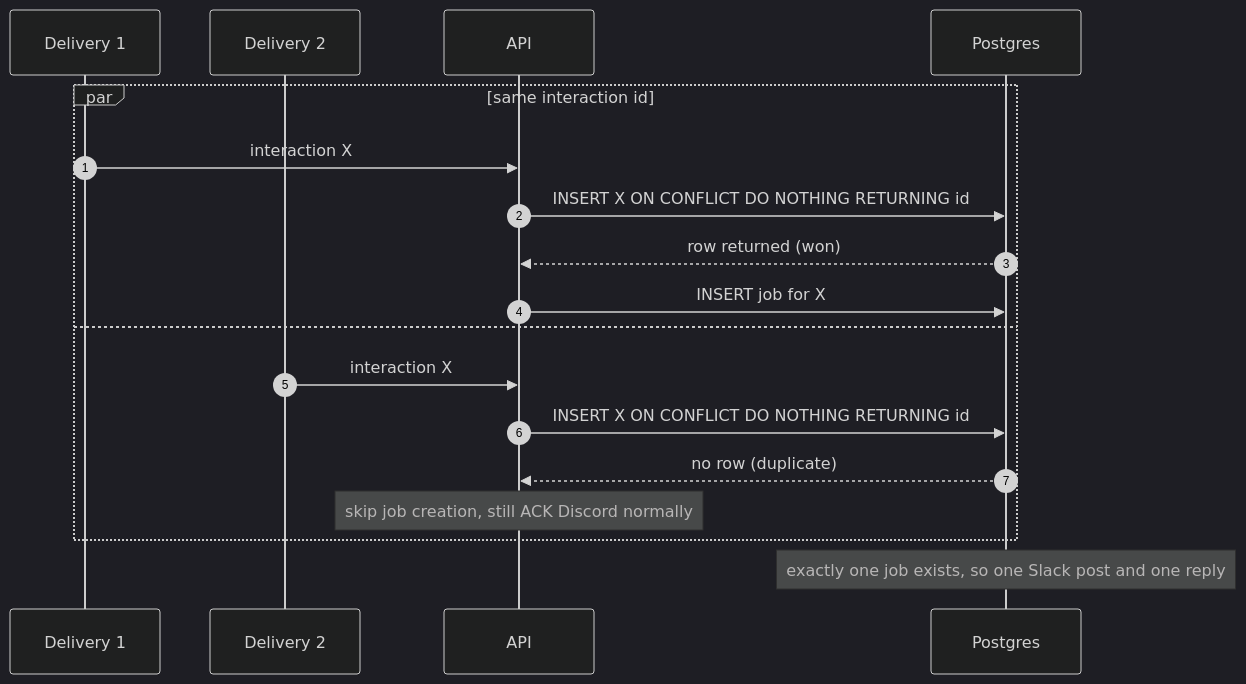
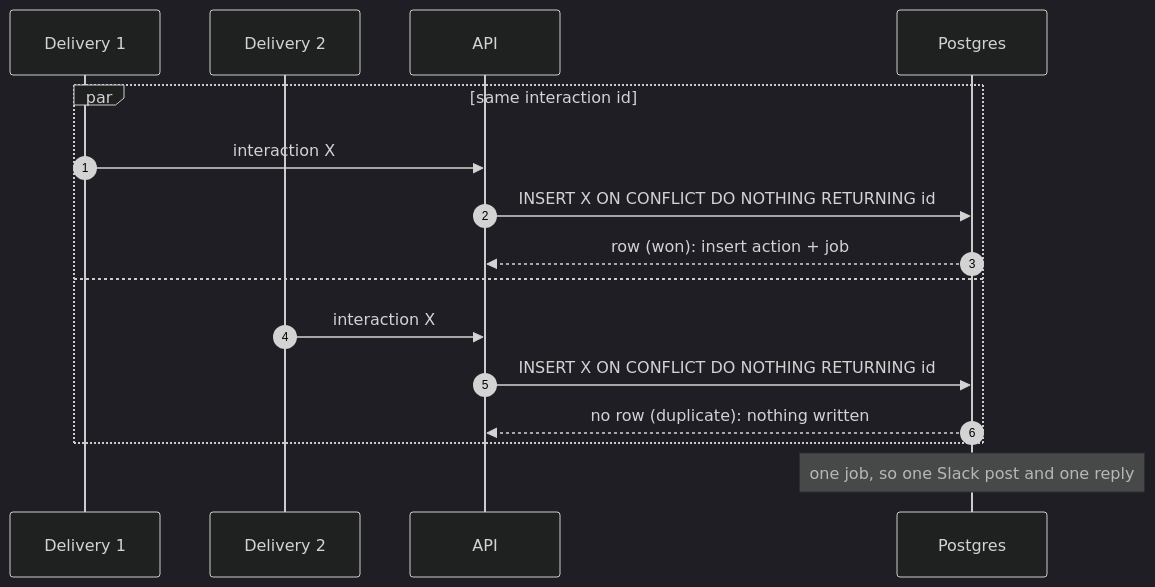
Before and after one commit to RohanUrankar/discord-report-line: diagram 12 of 17 in architecture/docs/DESIGN.md, drawn with Mermaid (dark theme). The commit also changed other lines of this file, not shown here.

````diff
--- a/architecture/docs/DESIGN.md
+++ b/architecture/docs/DESIGN.md
@@ -890,21 +920,18 @@
 ```mermaid
 sequenceDiagram
     autonumber
     participant D1 as Delivery 1
     participant D2 as Delivery 2
     participant A as API
     participant DB as Postgres
-
     par same interaction id
         D1->>A: interaction X
         A->>DB: INSERT X ON CONFLICT DO NOTHING RETURNING id
-        DB-->>A: row returned (won)
-        A->>DB: INSERT job for X
+        DB-->>A: row (won): insert action + job
     and
         D2->>A: interaction X
         A->>DB: INSERT X ON CONFLICT DO NOTHING RETURNING id
-        DB-->>A: no row (duplicate)
-        Note over A: skip job creation, still ACK Discord normally
+        DB-->>A: no row (duplicate): nothing written
     end
-    Note over DB: exactly one job exists, so one Slack post and one reply
+    Note over DB: one job, so one Slack post and one reply
 ```
````
